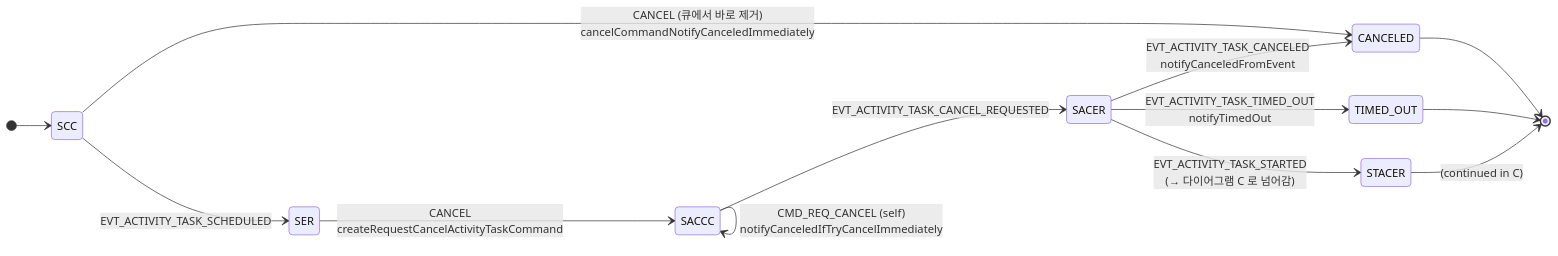
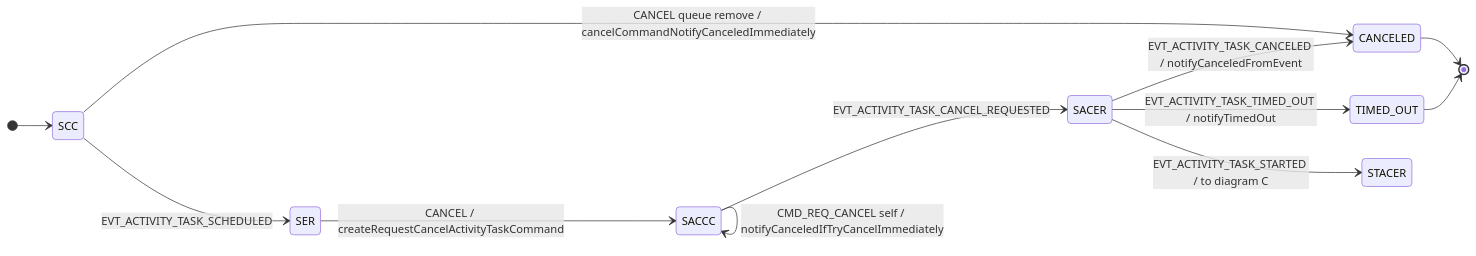
The fifth of 10 diagrams in doc/temporal/14-state-machines.md (HyoungDaeKim/temporalio-samples-java), drawn with Mermaid before and after one commit. The commit also changed other lines of this file and 2 other files, not shown here.

````diff
--- a/doc/temporal/14-state-machines.md
+++ b/doc/temporal/14-state-machines.md
@@ -286,16 +286,15 @@
 ```mermaid
 stateDiagram-v2
     direction LR
     [*] --> SCC
-    SCC --> CANCELED : CANCEL (큐에서 바로 제거)<br/>cancelCommandNotifyCanceledImmediately
+    SCC --> CANCELED : CANCEL queue remove / cancelCommandNotifyCanceledImmediately
     SCC --> SER : EVT_ACTIVITY_TASK_SCHEDULED
-    SER --> SACCC : CANCEL<br/>createRequestCancelActivityTaskCommand
-    SACCC --> SACCC : CMD_REQ_CANCEL (self)<br/>notifyCanceledIfTryCancelImmediately
+    SER --> SACCC : CANCEL / createRequestCancelActivityTaskCommand
+    SACCC --> SACCC : CMD_REQ_CANCEL self / notifyCanceledIfTryCancelImmediately
     SACCC --> SACER : EVT_ACTIVITY_TASK_CANCEL_REQUESTED
-    SACER --> CANCELED : EVT_ACTIVITY_TASK_CANCELED<br/>notifyCanceledFromEvent
-    SACER --> TIMED_OUT : EVT_ACTIVITY_TASK_TIMED_OUT<br/>notifyTimedOut
-    SACER --> STACER : EVT_ACTIVITY_TASK_STARTED<br/>(→ 다이어그램 C 로 넘어감)
+    SACER --> CANCELED : EVT_ACTIVITY_TASK_CANCELED / notifyCanceledFromEvent
+    SACER --> TIMED_OUT : EVT_ACTIVITY_TASK_TIMED_OUT / notifyTimedOut
+    SACER --> STACER : EVT_ACTIVITY_TASK_STARTED / to diagram C
     CANCELED --> [*]
     TIMED_OUT --> [*]
-    STACER --> [*] : (continued in C)
 ```
````
